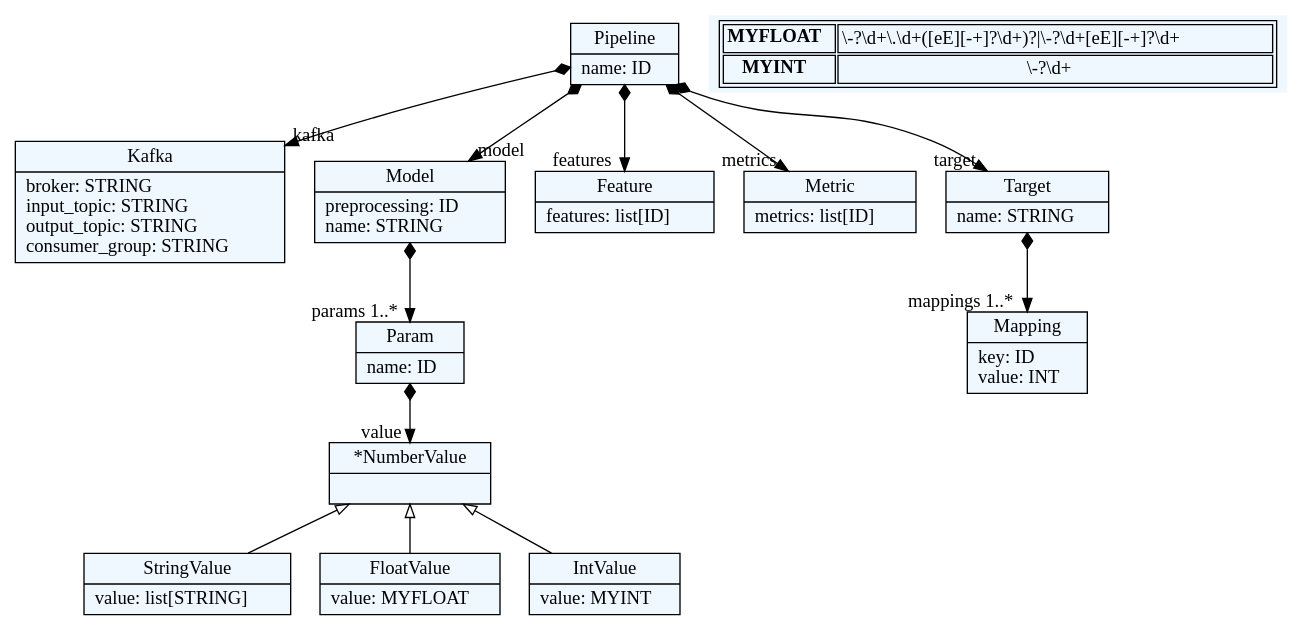
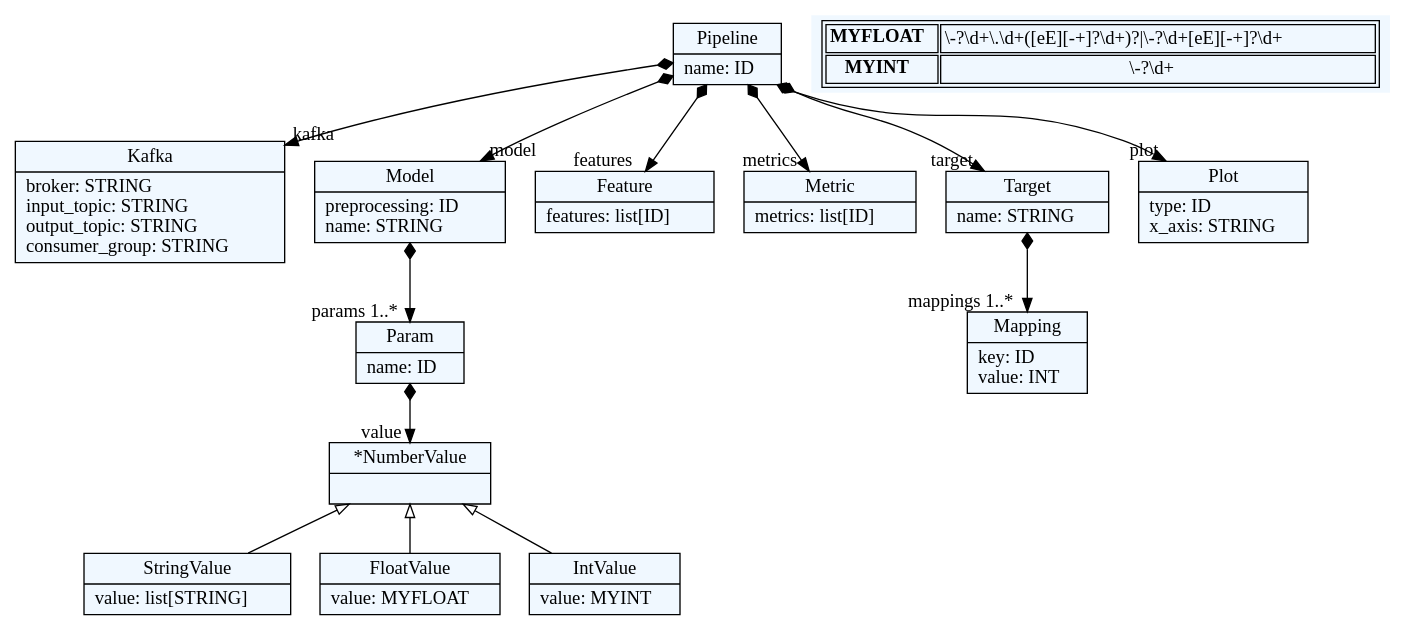
One commit to deepblue597/beaver changed the diagram in wikimedia_dsl/jsl.dot. Above: the diagram before and after it, drawn with Graphviz. The commit also changed 8 other files, not shown here.

```diff
--- a/wikimedia_dsl/jsl.dot
+++ b/wikimedia_dsl/jsl.dot
@@ -1,61 +1,64 @@
 
     digraph textX {
     fontname = "Bitstream Vera Sans"
     fontsize = 8
     node[
         shape=record,
         style=filled,
         fillcolor=aliceblue
     ]
     nodesep = 0.3
     edge[dir=black,arrowtail=empty]
 
 
-134839765924992[ label="{Pipeline|name: ID\l}"]
+130655181896352[ label="{Pipeline|name: ID\l}"]
 
-134839765925040[ label="{Kafka|broker: STRING\linput_topic: STRING\loutput_topic: STRING\lconsumer_group: STRING\l}"]
+130655181967616[ label="{Kafka|broker: STRING\linput_topic: STRING\loutput_topic: STRING\lconsumer_group: STRING\l}"]
 
-134839765920432[ label="{Model|preprocessing: ID\lname: STRING\l}"]
+130655181967520[ label="{Model|preprocessing: ID\lname: STRING\l}"]
 
-134839765918176[ label="{Param|name: ID\l}"]
+130655181967568[ label="{Param|name: ID\l}"]
 
-134839766015040[ label="{*NumberValue|}"]
+130655181970736[ label="{*NumberValue|}"]
 
-134839766010144[ label="{StringValue|value: list[STRING]\l}"]
+130655181971888[ label="{StringValue|value: list[STRING]\l}"]
 
-134839766012064[ label="{FloatValue|value: MYFLOAT\l}"]
+130655181971312[ label="{FloatValue|value: MYFLOAT\l}"]
 
-134839767629312[ label="{IntValue|value: MYINT\l}"]
+130655181970688[ label="{IntValue|value: MYINT\l}"]
 
-134839766014368[ label="{Feature|features: list[ID]\l}"]
+130655185742512[ label="{Feature|features: list[ID]\l}"]
 
-134839766010624[ label="{Metric|metrics: list[ID]\l}"]
+130655181966608[ label="{Metric|metrics: list[ID]\l}"]
 
-134839766011104[ label="{Target|name: STRING\l}"]
+130655181964928[ label="{Target|name: STRING\l}"]
 
-134839766011584[ label="{Mapping|key: ID\lvalue: INT\l}"]
+130655181970352[ label="{Mapping|key: ID\lvalue: INT\l}"]
+
+130655181963872[ label="{Plot|type: ID\lx_axis: STRING\l}"]
 
 
 
-134839765924992 -> 134839765925040[arrowtail=diamond, dir=both, headlabel="kafka "]
-134839765924992 -> 134839765920432[arrowtail=diamond, dir=both, headlabel="model "]
-134839765924992 -> 134839766014368[arrowtail=diamond, dir=both, headlabel="features "]
-134839765924992 -> 134839766010624[arrowtail=diamond, dir=both, headlabel="metrics "]
-134839765924992 -> 134839766011104[arrowtail=diamond, dir=both, headlabel="target "]
-134839765920432 -> 134839765918176[arrowtail=diamond, dir=both, headlabel="params 1..*"]
-134839765918176 -> 134839766015040[arrowtail=diamond, dir=both, headlabel="value "]
-134839766015040 -> 134839766012064 [dir=back]
-134839766015040 -> 134839767629312 [dir=back]
-134839766015040 -> 134839766010144 [dir=back]
-134839766011104 -> 134839766011584[arrowtail=diamond, dir=both, headlabel="mappings 1..*"]
+130655181896352 -> 130655181967616[arrowtail=diamond, dir=both, headlabel="kafka "]
+130655181896352 -> 130655181967520[arrowtail=diamond, dir=both, headlabel="model "]
+130655181896352 -> 130655185742512[arrowtail=diamond, dir=both, headlabel="features "]
+130655181896352 -> 130655181966608[arrowtail=diamond, dir=both, headlabel="metrics "]
+130655181896352 -> 130655181964928[arrowtail=diamond, dir=both, headlabel="target "]
+130655181896352 -> 130655181963872[arrowtail=diamond, dir=both, headlabel="plot "]
+130655181967520 -> 130655181967568[arrowtail=diamond, dir=both, headlabel="params 1..*"]
+130655181967568 -> 130655181970736[arrowtail=diamond, dir=both, headlabel="value "]
+130655181970736 -> 130655181971312 [dir=back]
+130655181970736 -> 130655181970688 [dir=back]
+130655181970736 -> 130655181971888 [dir=back]
+130655181964928 -> 130655181970352[arrowtail=diamond, dir=both, headlabel="mappings 1..*"]
 match_rules [ shape=plaintext, label=< <table>
 	<tr>
 		<td><b>MYFLOAT</b></td><td>\-?\d+\.\d+([eE][-+]?\d+)?|\-?\d+[eE][-+]?\d+</td>
 	</tr>
 	<tr>
 		<td><b>MYINT</b></td><td>\-?\d+</td>
 	</tr>
 </table> >]
 
 
 }
```
